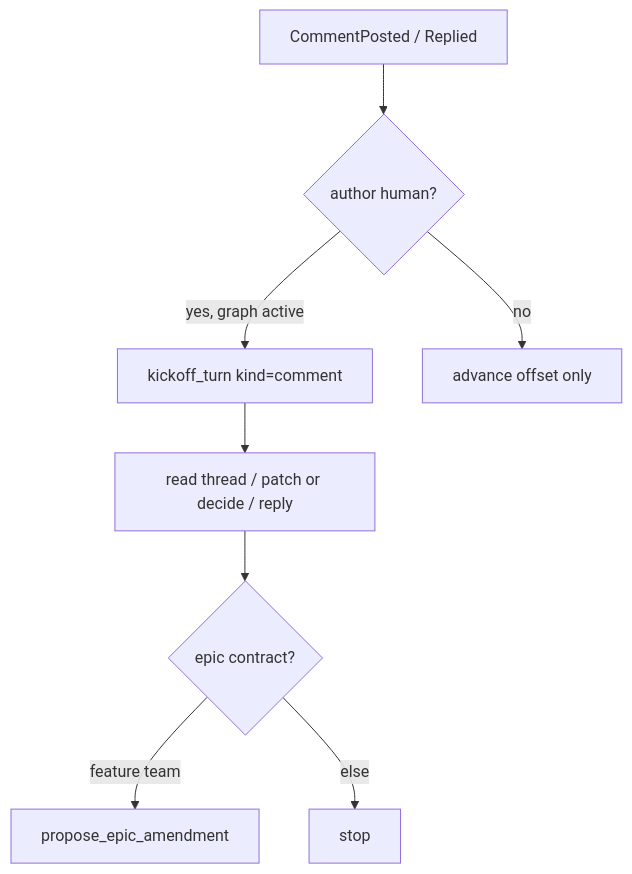
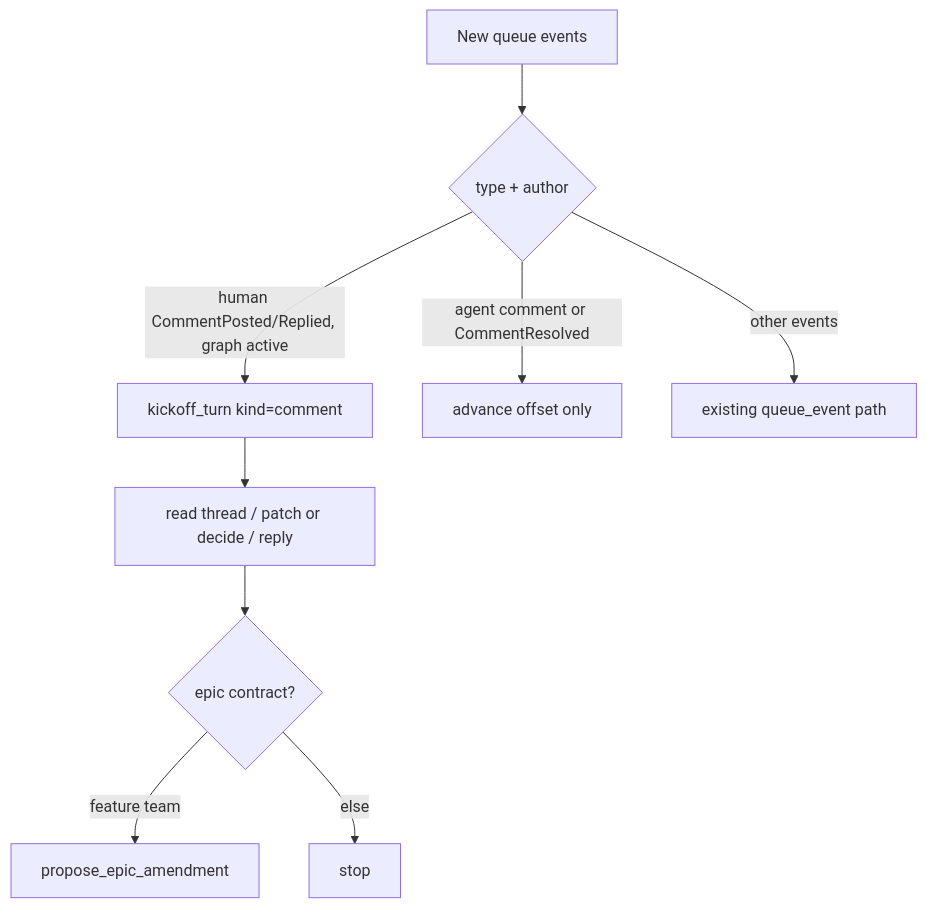
Before and after one commit to vincentc-b/CascadeCode: the diagram in docs/features/1_backlog/feat_020_agent_review_turns.md, drawn with Mermaid. The commit also changed other lines of this file, not shown here.

Commit message:
docs: feat_020 Agent review turns

````diff
--- a/docs/features/1_backlog/feat_020_agent_review_turns.md
+++ b/docs/features/1_backlog/feat_020_agent_review_turns.md
@@ -84,10 +91,11 @@
 ```mermaid
 flowchart TD
-  E[CommentPosted / Replied] --> H{author human?}
-  H -->|yes, graph active| K[kickoff_turn kind=comment]
-  H -->|no| INGEST[advance offset only]
+  E[New queue events] --> T{type + author}
+  T -->|human CommentPosted/Replied, graph active| K[kickoff_turn kind=comment]
+  T -->|agent comment or CommentResolved| INGEST[advance offset only]
+  T -->|other events| Q[existing queue_event path]
   K --> PLAY[read thread / patch or decide / reply]
   PLAY --> AMD{epic contract?}
   AMD -->|feature team| AMEND[propose_epic_amendment]
   AMD -->|else| DONE[stop]
 ```
````
